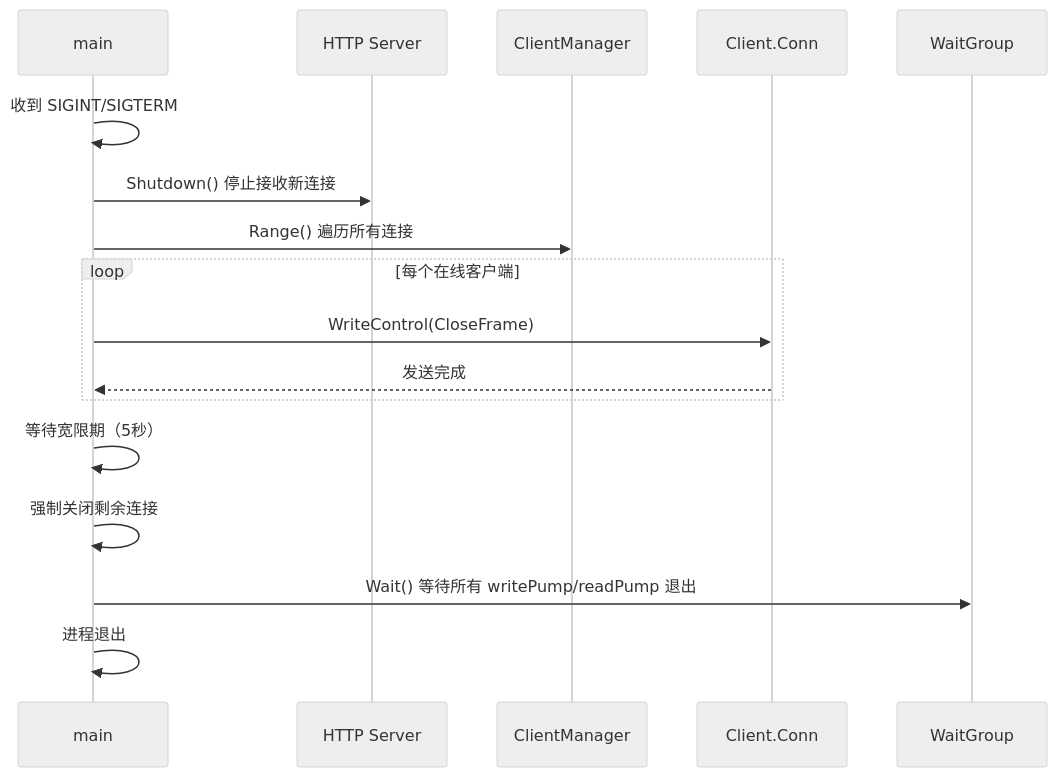
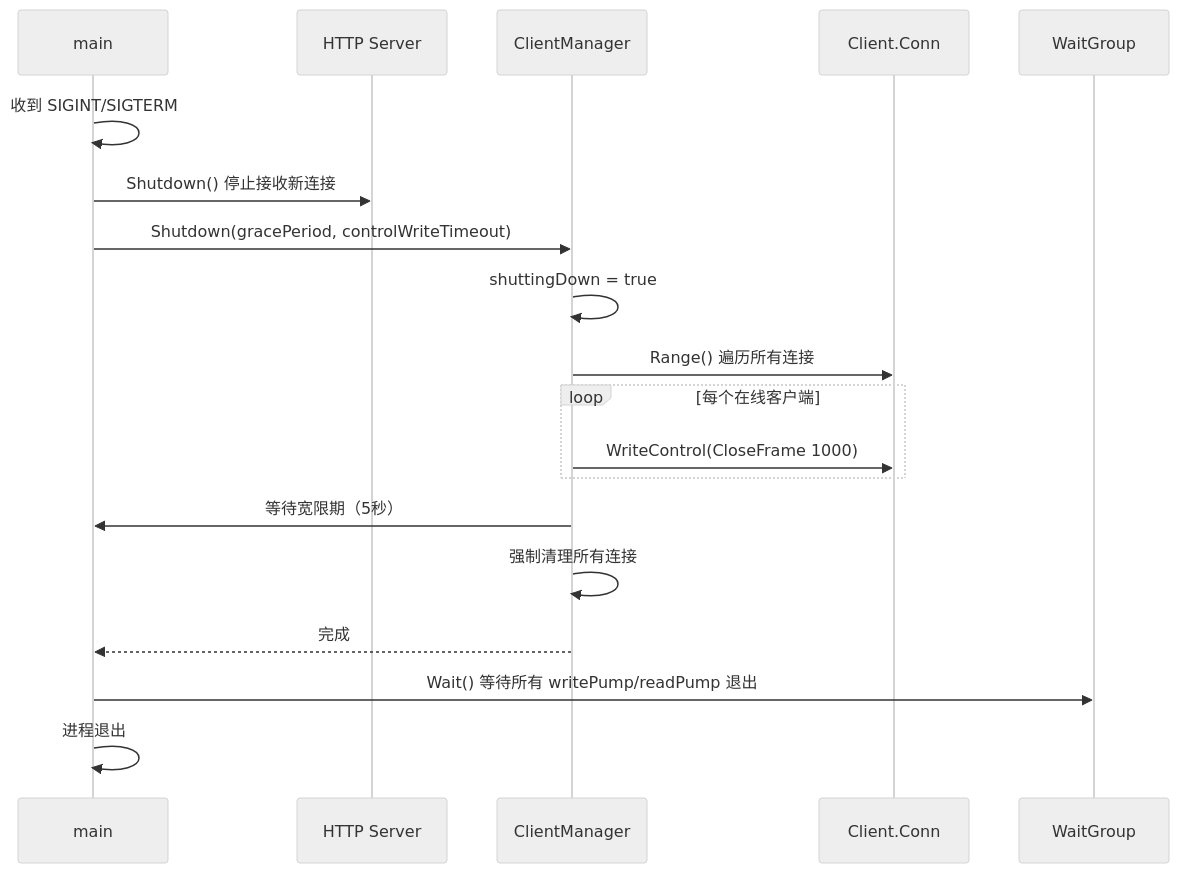
One commit to alac19/se-go-ws-gateway-2026 changed the fourth of 4 diagrams in docs/4-系统设计文档.md. Above: the diagram before and after it, drawn with Mermaid (neutral theme). The commit also changed other lines of this file and 13 other files, not shown here.

````diff
--- a/docs/4-系统设计文档.md
+++ b/docs/4-系统设计文档.md
@@ -400,20 +534,22 @@
 ```mermaid
 sequenceDiagram
     participant Main as main
     participant Server as HTTP Server
     participant ConnMgr as ClientManager
     participant Client as Client.Conn
     participant WaitGroup
 
     Main->>Main: 收到 SIGINT/SIGTERM
     Main->>Server: Shutdown() 停止接收新连接
-    Main->>ConnMgr: Range() 遍历所有连接
+    Main->>ConnMgr: Shutdown(gracePeriod, controlWriteTimeout)
+    ConnMgr->>ConnMgr: shuttingDown = true
+    ConnMgr->>Client: Range() 遍历所有连接
     loop 每个在线客户端
-        Main->>Client: WriteControl(CloseFrame)
-        Client-->>Main: 发送完成
+        ConnMgr->>Client: WriteControl(CloseFrame 1000)
     end
-    Main->>Main: 等待宽限期（5秒）
-    Main->>Main: 强制关闭剩余连接
+    ConnMgr->>Main: 等待宽限期（5秒）
+    ConnMgr->>ConnMgr: 强制清理所有连接
+    ConnMgr-->>Main: 完成
     Main->>WaitGroup: Wait() 等待所有 writePump/readPump 退出
     Main->>Main: 进程退出
 ```
````
